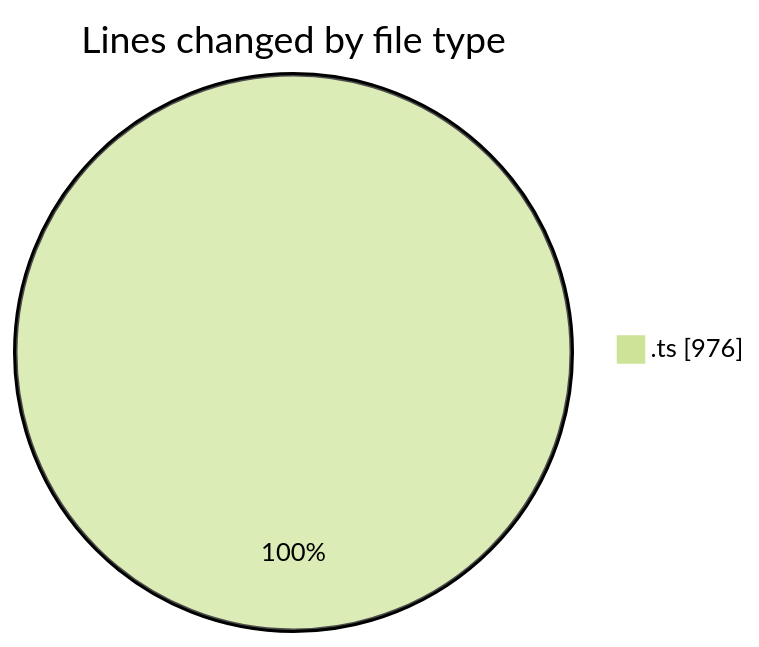
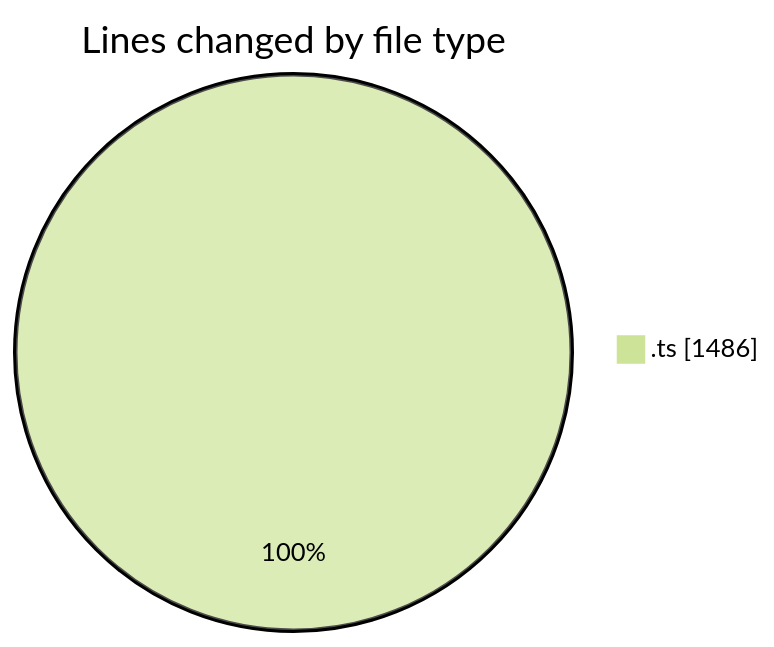
One commit to momahboobian/code-tracking changed the first of 2 diagrams in 2025-08-22/cda/README.md. Above: the diagram before and after it, drawn with Mermaid (forest theme). The commit also changed other lines of this file and 1 other file, not shown here.

````diff
--- a/2025-08-22/cda/README.md
+++ b/2025-08-22/cda/README.md
@@ -21,5 +22,5 @@
 ```mermaid
 pie showData
 title Lines changed by file type
-".ts" : 976
+".ts" : 1486
 ```
````
